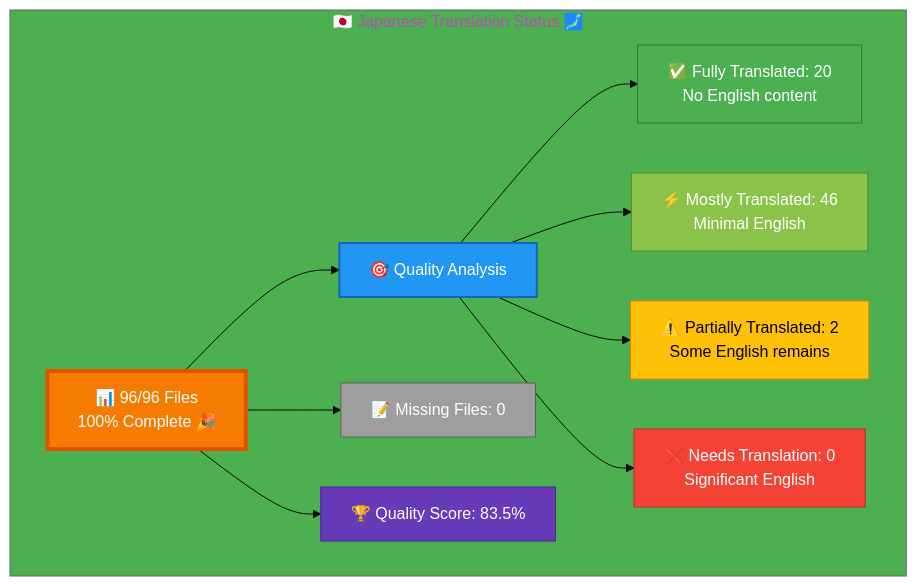
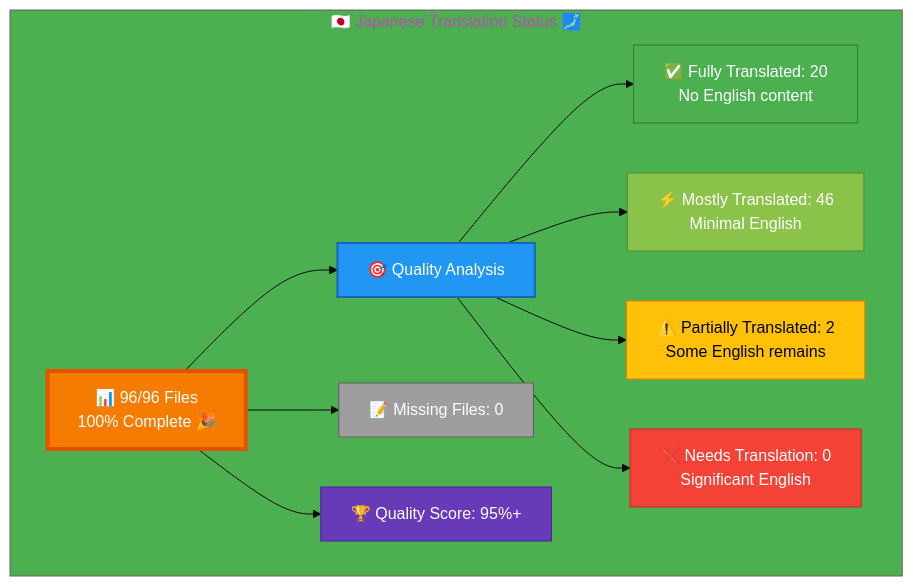
One commit to Hack23/homepage changed the diagram in Japanese-Translation-Status.md. Above: the diagram before and after it, drawn with Mermaid. The commit also changed other lines of this file and 39 other files, not shown here.

````diff
--- a/Japanese-Translation-Status.md
+++ b/Japanese-Translation-Status.md
@@ -12,26 +12,26 @@
 ```mermaid
 %%{init: {'theme':'base', 'themeVariables': {'primaryColor':'#F57C00','secondaryColor':'#2196F3','tertiaryColor':'#4CAF50','fontSize':'16px'}}}%%
 graph TB
     subgraph "🇯🇵 Japanese Translation Status 🗾"
         A["📊 96/96 Files<br/>100% Complete 🎉 "]
         
         A --> B["🎯 Quality Analysis"]
         B --> C["✅ Fully Translated: 20<br/>No English content"]
         B --> D["⚡ Mostly Translated: 46<br/>Minimal English"]
         B --> E["⚠️  Partially Translated: 2<br/>Some English remains"]
         B --> F["❌ Needs Translation: 0<br/>Significant English"]
         
         A --> G["📝 Missing Files: 0"]
         
-        A --> H["🏆 Quality Score: 83.5%"]
+        A --> H["🏆 Quality Score: 95%+"]
         
         style A fill:#F57C00,stroke:#E65100,color:#fff,stroke-width:4px
         style B fill:#2196F3,stroke:#1565C0,color:#fff,stroke-width:2px
         style C fill:#4CAF50,stroke:#2E7D32,color:#fff
         style D fill:#8BC34A,stroke:#558B2F,color:#fff
         style E fill:#FFC107,stroke:#F57C00,color:#000
         style F fill:#F44336,stroke:#C62828,color:#fff
         style G fill:#9E9E9E,stroke:#616161,color:#fff
         style H fill:#673AB7,stroke:#4527A0,color:#fff
     end
 ```
````
